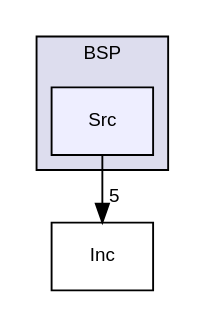
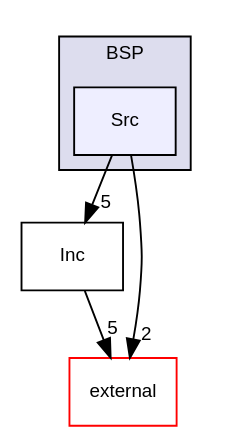
The diagram in dir_91f91d50cc50c27fb7aadbffb1a58868_dep.dot (RoboJackets/mtrain-firmware), drawn with Graphviz before and after one commit. The commit also changed 3732 other files, not shown here.

```diff
--- a/dir_91f91d50cc50c27fb7aadbffb1a58868_dep.dot
+++ b/dir_91f91d50cc50c27fb7aadbffb1a58868_dep.dot
@@ -1,11 +1,14 @@
 digraph "/home/developer/mtrain-firmware/BSP/Src" {
   compound=true
   node [ fontsize="10", fontname="Helvetica"];
   edge [ labelfontsize="10", labelfontname="Helvetica"];
   subgraph clusterdir_350c8a3315b9de76597c9530ef31a96a {
     graph [ bgcolor="#ddddee", pencolor="black", label="BSP" fontname="Helvetica", fontsize="10", URL="dir_350c8a3315b9de76597c9530ef31a96a.html"]
   dir_91f91d50cc50c27fb7aadbffb1a58868 [shape=box, label="Src", style="filled", fillcolor="#eeeeff", pencolor="black", URL="dir_91f91d50cc50c27fb7aadbffb1a58868.html"];
   }
   dir_4192f726b9a16ed5f168a0b6fbcc51b6 [shape=box label="Inc" URL="dir_4192f726b9a16ed5f168a0b6fbcc51b6.html"];
+  dir_397d9aeee4af8edecac90968d93b57df [shape=box label="external" fillcolor="white" style="filled" color="red" URL="dir_397d9aeee4af8edecac90968d93b57df.html"];
+  dir_4192f726b9a16ed5f168a0b6fbcc51b6->dir_397d9aeee4af8edecac90968d93b57df [headlabel="5", labeldistance=1.5 headhref="dir_000013_000015.html"];
   dir_91f91d50cc50c27fb7aadbffb1a58868->dir_4192f726b9a16ed5f168a0b6fbcc51b6 [headlabel="5", labeldistance=1.5 headhref="dir_000014_000013.html"];
+  dir_91f91d50cc50c27fb7aadbffb1a58868->dir_397d9aeee4af8edecac90968d93b57df [headlabel="2", labeldistance=1.5 headhref="dir_000014_000015.html"];
 }
```
